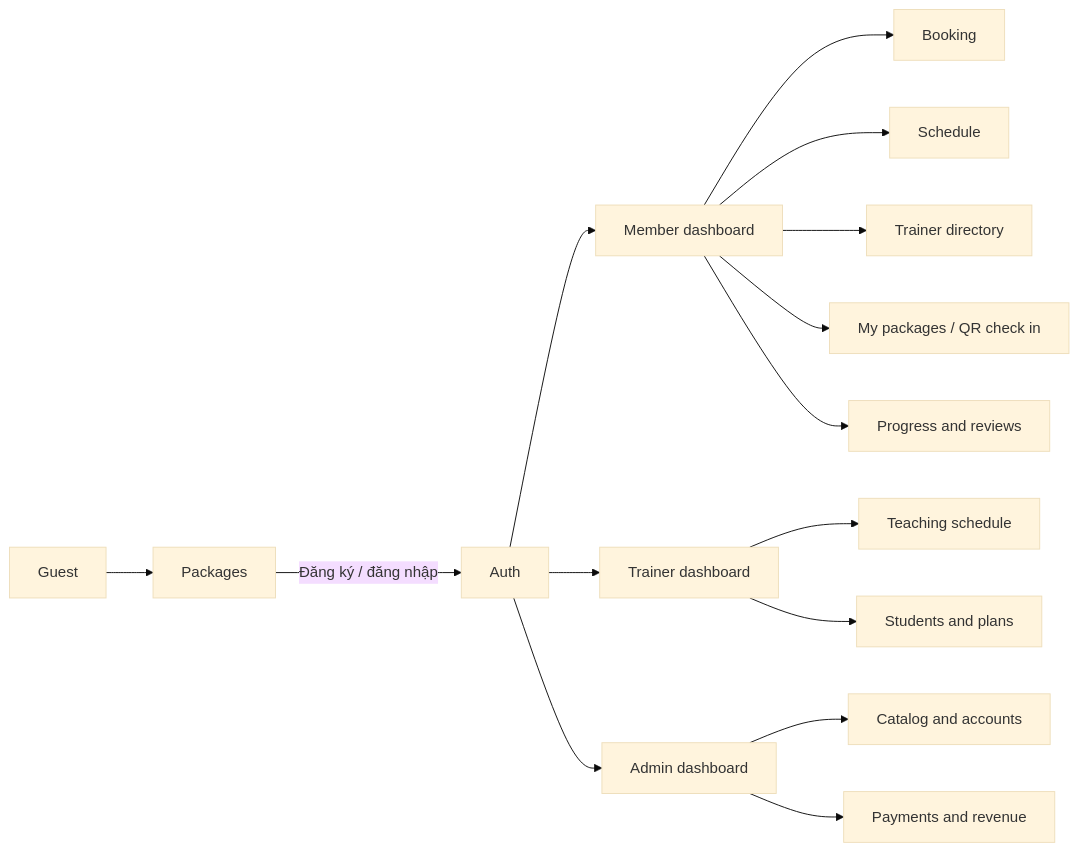
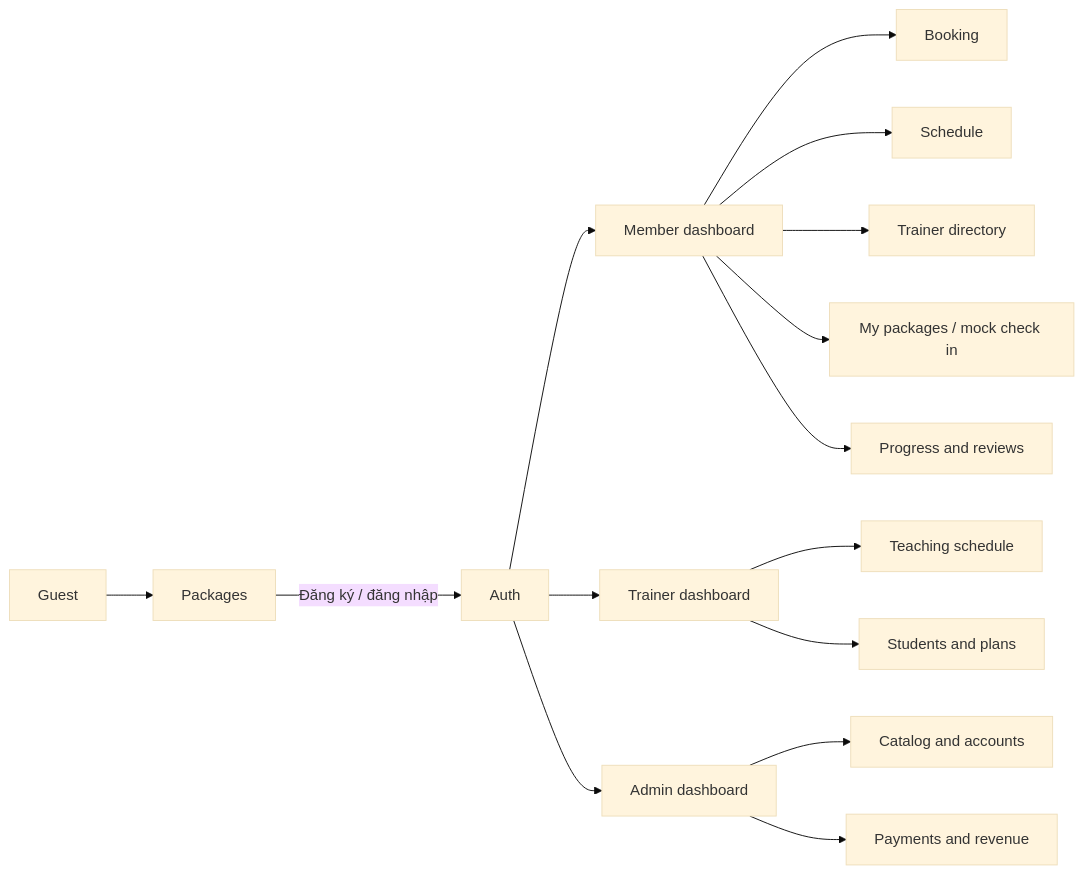
One commit to Huy-Haru/ProjectSDN changed the diagram in docs/srs-fitmanager.md. Above: the diagram before and after it, drawn with Mermaid (base theme). The commit also changed other lines of this file and 123 other files, not shown here.

````diff
--- a/docs/srs-fitmanager.md
+++ b/docs/srs-fitmanager.md
@@ -25,17 +25,17 @@
 ```mermaid
 flowchart LR
   G[Guest] --> P[Packages]
   P -->|Đăng ký / đăng nhập| A[Auth]
   A --> M[Member dashboard]
   M --> B[Booking]
   M --> S[Schedule]
   M --> T[Trainer directory]
-  M --> Q[My packages / QR check in]
+  M --> Q[My packages / mock check in]
   M --> R[Progress and reviews]
   A --> PT[Trainer dashboard]
   PT --> PS[Teaching schedule]
   PT --> ST[Students and plans]
   A --> AD[Admin dashboard]
   AD --> AC[Catalog and accounts]
   AD --> PAY[Payments and revenue]
 ```
````
